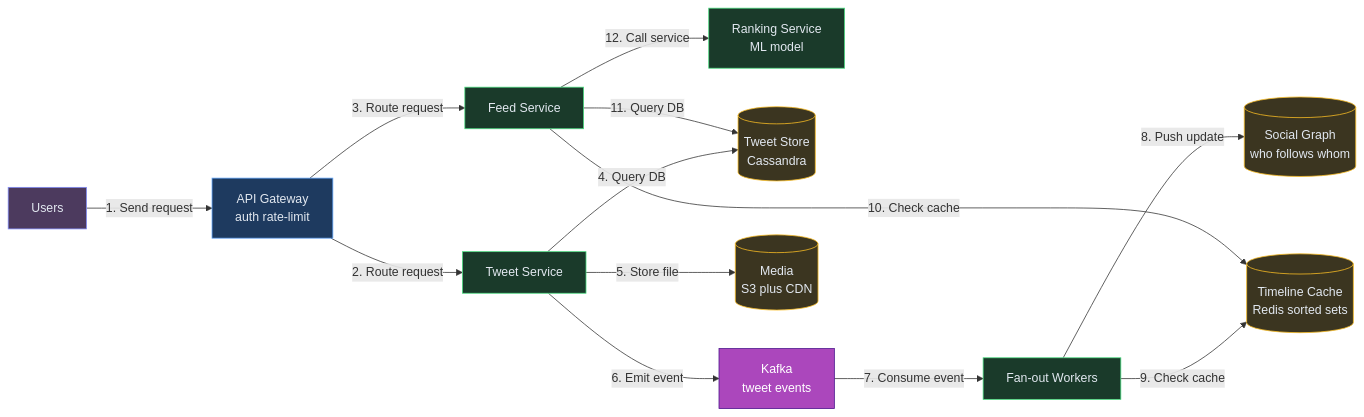
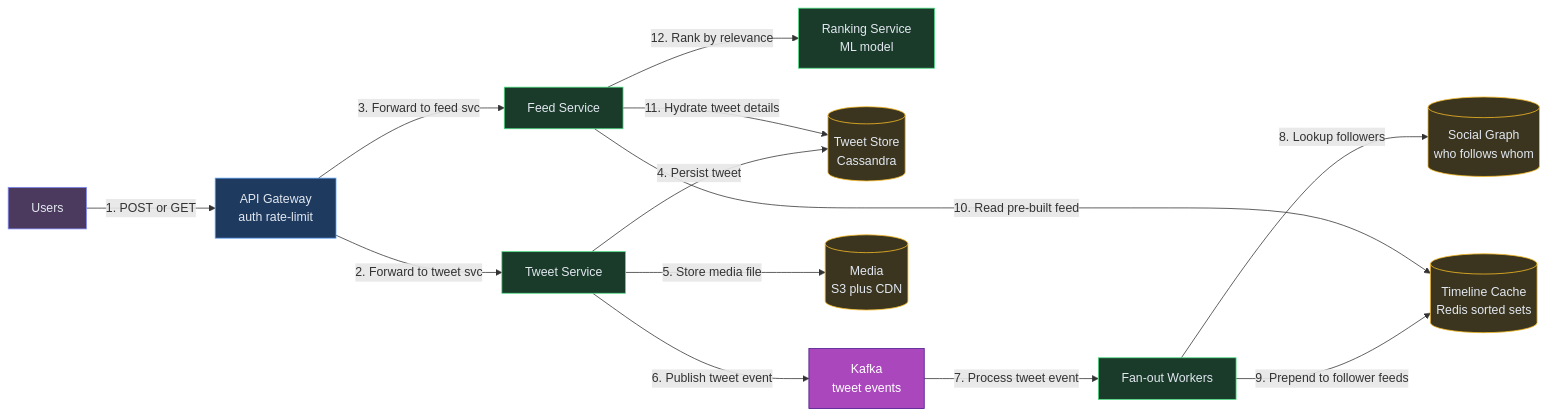
One commit to iluzn/HLD-Designs changed diagram 12 of 12 in content/hld/TwitterFeed.md. Above: the diagram before and after it, drawn with Mermaid. The commit also changed other lines of this file and 27 other files, not shown here.

````diff
--- a/content/hld/TwitterFeed.md
+++ b/content/hld/TwitterFeed.md
@@ -489,33 +489,33 @@
 ```mermaid
 flowchart LR
     USERS["Users"]:::client
     GW["API Gateway<br/>auth rate-limit"]:::edge
     TS["Tweet Service"]:::service
     FEED["Feed Service"]:::service
     RANK["Ranking Service<br/>ML model"]:::service
     FANOUT["Fan-out Workers"]:::service
     TDB[("Tweet Store<br/>Cassandra")]:::data
     GRAPH[("Social Graph<br/>who follows whom")]:::data
     CACHE[("Timeline Cache<br/>Redis sorted sets")]:::data
     K["Kafka<br/>tweet events"]:::async
     MEDIA[("Media<br/>S3 plus CDN")]:::data
 
-    USERS -->|"1. Send request"| GW
-    GW -->|"2. Route request"| TS
-    GW -->|"3. Route request"| FEED
-    TS -->|"4. Query DB"| TDB
-    TS -->|"5. Store file"| MEDIA
-    TS -->|"6. Emit event"| K
-    K -->|"7. Consume event"| FANOUT
-    FANOUT -->|"8. Push update"| GRAPH
-    FANOUT -->|"9. Check cache"| CACHE
-    FEED -->|"10. Check cache"| CACHE
-    FEED -->|"11. Query DB"| TDB
-    FEED -->|"12. Call service"| RANK
+    USERS -->|"1. POST or GET"| GW
+    GW -->|"2. Forward to tweet svc"| TS
+    GW -->|"3. Forward to feed svc"| FEED
+    TS -->|"4. Persist tweet"| TDB
+    TS -->|"5. Store media file"| MEDIA
+    TS -->|"6. Publish tweet event"| K
+    K -->|"7. Process tweet event"| FANOUT
+    FANOUT -->|"8. Lookup followers"| GRAPH
+    FANOUT -->|"9. Prepend to follower feeds"| CACHE
+    FEED -->|"10. Read pre-built feed"| CACHE
+    FEED -->|"11. Hydrate tweet details"| TDB
+    FEED -->|"12. Rank by relevance"| RANK
 
     classDef client fill:#4c3a5e,stroke:#818cf8,color:#e2e8f0
     classDef edge fill:#1e3a5f,stroke:#60a5fa,color:#e2e8f0
     classDef service fill:#1a3a2a,stroke:#4ade80,color:#e2e8f0
     classDef async fill:#AB47BC,stroke:#4A148C,color:#fff
     classDef data fill:#3b3520,stroke:#fbbf24,color:#e2e8f0
 ```
````
